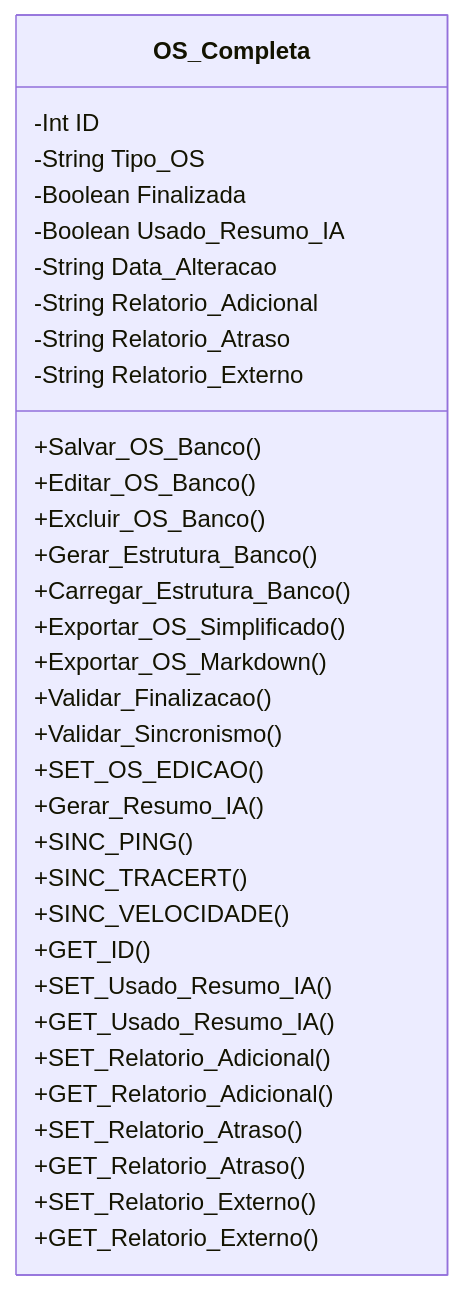
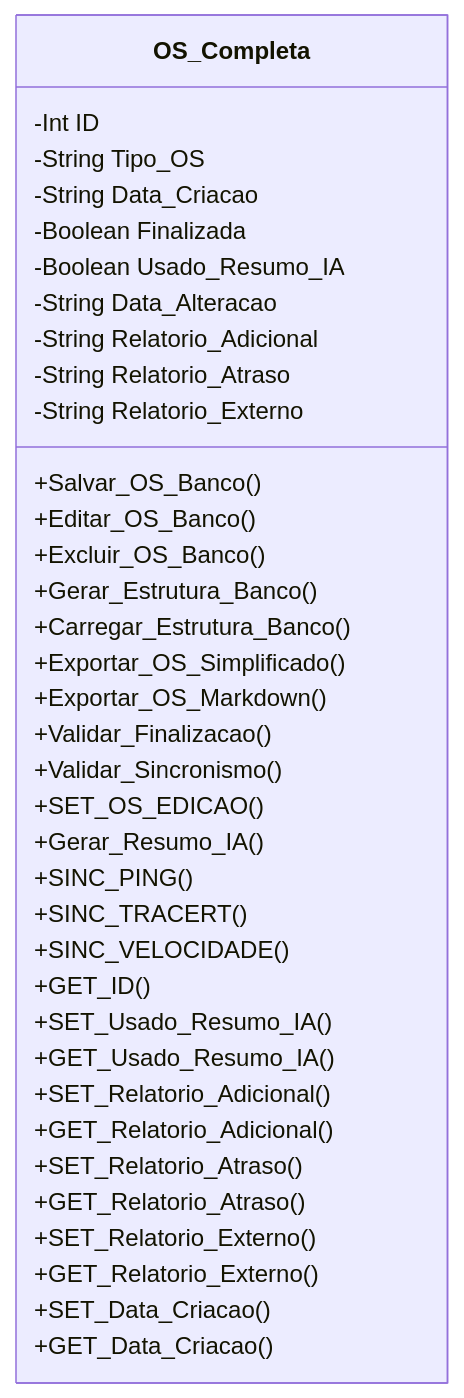
One commit to ETECC-Telecom/ValtObsidian-Script-Moto changed the diagram in DOCUMENTOS/Classe - Ordem de Serviço Completa.md. Above: the diagram before and after it, drawn with Mermaid. The commit also changed other lines of this file and 9 other files, not shown here.

````diff
--- a/DOCUMENTOS/Classe - Ordem de Serviço Completa.md
+++ b/DOCUMENTOS/Classe - Ordem de Serviço Completa.md
@@ -57,40 +58,43 @@
 ```mermaid
 classDiagram
 
     class OS_Completa{
 		-Int ID
 		-String Tipo_OS
+		-String Data_Criacao
 		-Boolean Finalizada
 		-Boolean Usado_Resumo_IA
 		-String Data_Alteracao
 		-String Relatorio_Adicional
 		-String Relatorio_Atraso
 		-String Relatorio_Externo
       
 	    +Salvar_OS_Banco()
 		+Editar_OS_Banco()
 		+Excluir_OS_Banco()
 		+Gerar_Estrutura_Banco()
 		+Carregar_Estrutura_Banco()
 		+Exportar_OS_Simplificado()
 		+Exportar_OS_Markdown()
 		+Validar_Finalizacao()
 		+Validar_Sincronismo()
 		
 		+SET_OS_EDICAO()
 		+Gerar_Resumo_IA()
 		+SINC_PING()
 		+SINC_TRACERT()
 		+SINC_VELOCIDADE()
 		
 		+GET_ID()
 		+SET_Usado_Resumo_IA()
 		+GET_Usado_Resumo_IA()
 		+SET_Relatorio_Adicional()
 		+GET_Relatorio_Adicional()
 		+SET_Relatorio_Atraso()
 		+GET_Relatorio_Atraso()
 		+SET_Relatorio_Externo()
 		+GET_Relatorio_Externo()
+		+SET_Data_Criacao()
+		+GET_Data_Criacao()
     }
 ```
````
